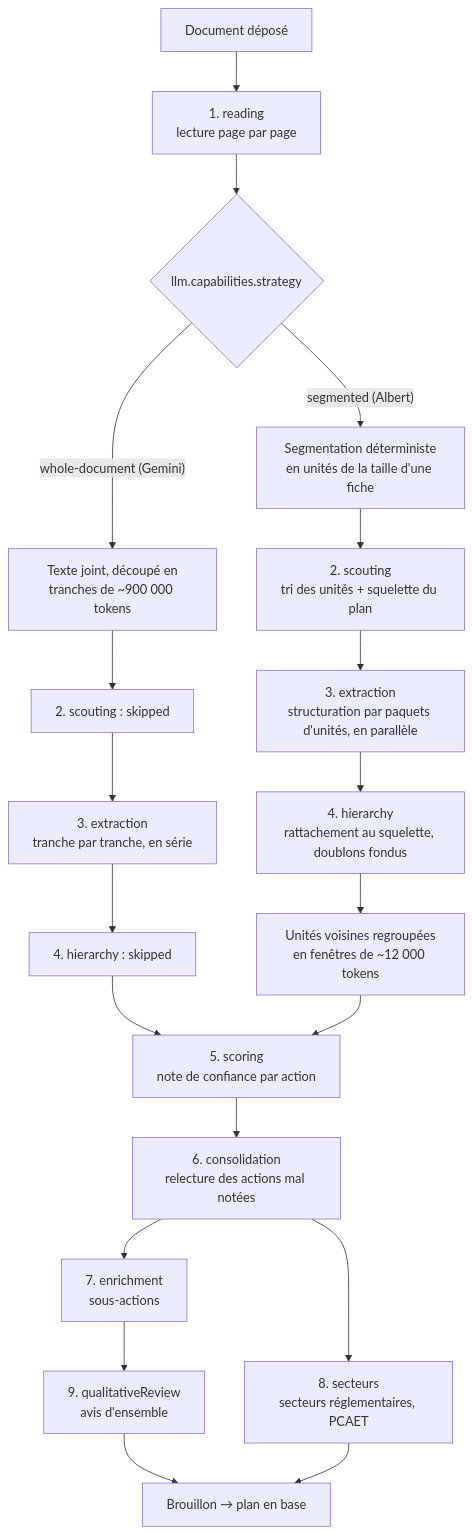
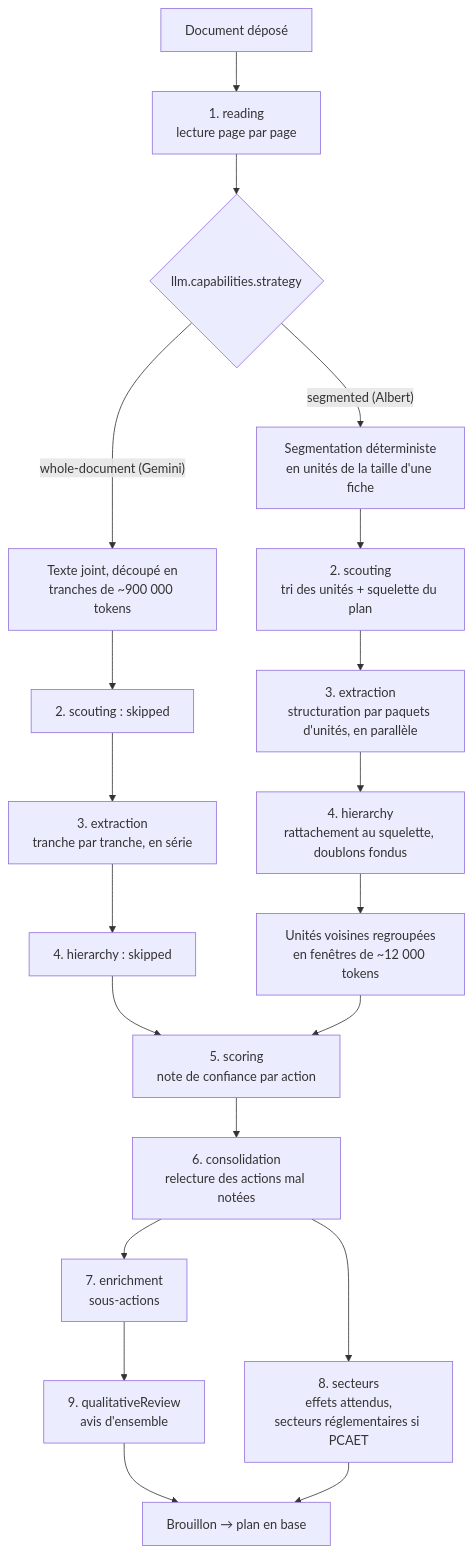
One commit to incubateur-ademe/territoires-en-transitions changed the second of 6 diagrams in apps/backend/src/plans/ai-plan-import/README.md. Above: the diagram before and after it, drawn with Mermaid. The commit also changed other lines of this file and 30 other files, not shown here.

Commit message:
feat(plans): l'import IA propose les effets attendus de chaque action

````diff
--- a/apps/backend/src/plans/ai-plan-import/README.md
+++ b/apps/backend/src/plans/ai-plan-import/README.md
@@ -79,26 +79,26 @@
 ```mermaid
 flowchart TD
     A[Document déposé] --> R[1. reading<br/>lecture page par page]
     R --> S{llm.capabilities.strategy}
 
     S -- "whole-document (Gemini)" --> WD[Texte joint, découpé en<br/>tranches de ~900 000 tokens]
     WD --> SC1[2. scouting : skipped]
     SC1 --> EX1[3. extraction<br/>tranche par tranche, en série]
     EX1 --> H1[4. hierarchy : skipped]
 
     S -- "segmented (Albert)" --> SEG[Segmentation déterministe<br/>en unités de la taille d'une fiche]
     SEG --> SC2[2. scouting<br/>tri des unités + squelette du plan]
     SC2 --> EX2[3. extraction<br/>structuration par paquets d'unités, en parallèle]
     EX2 --> H2[4. hierarchy<br/>rattachement au squelette, doublons fondus]
 
     H1 --> V
     H2 --> CO[Unités voisines regroupées<br/>en fenêtres de ~12 000 tokens]
     CO --> V
 
     V[5. scoring<br/>note de confiance par action] --> C[6. consolidation<br/>relecture des actions mal notées]
     C --> E[7. enrichment<br/>sous-actions]
-    C --> SE[8. secteurs<br/>secteurs réglementaires, PCAET]
+    C --> SE[8. secteurs<br/>effets attendus,<br/>secteurs réglementaires si PCAET]
     E --> Q[9. qualitativeReview<br/>avis d'ensemble]
     Q --> P[Brouillon → plan en base]
     SE --> P
 ```
````
